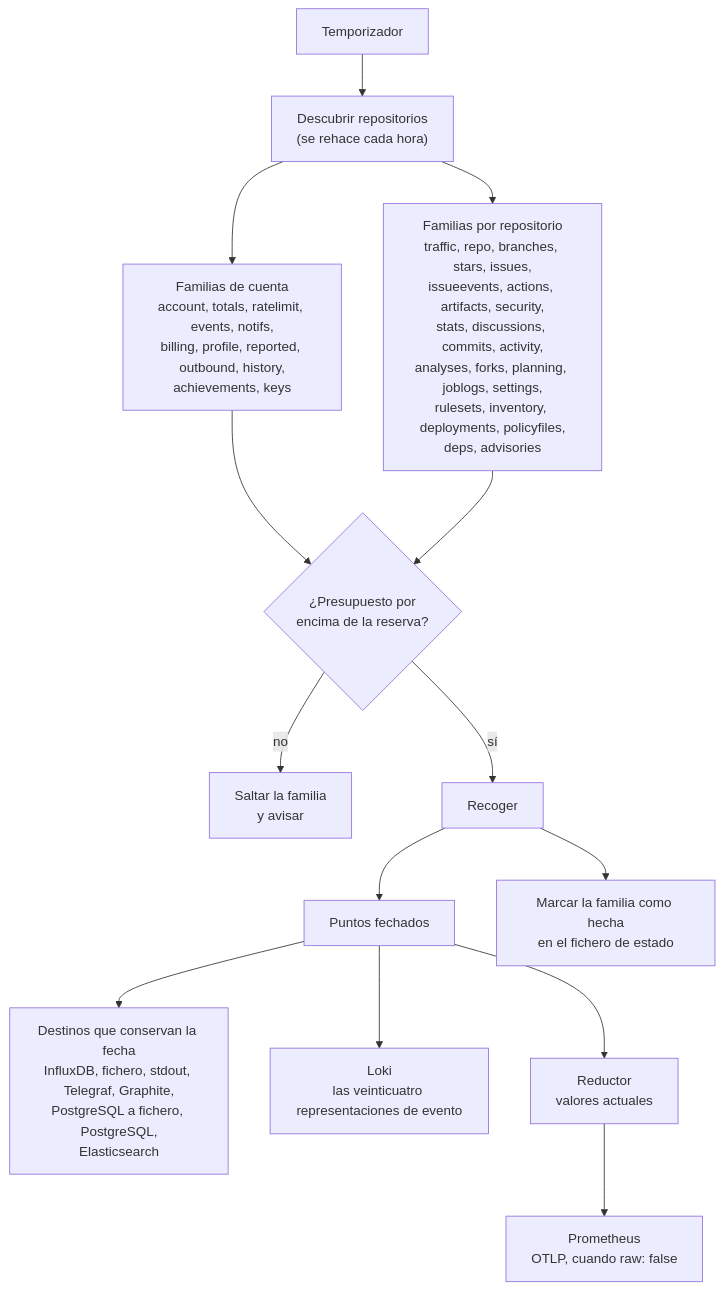
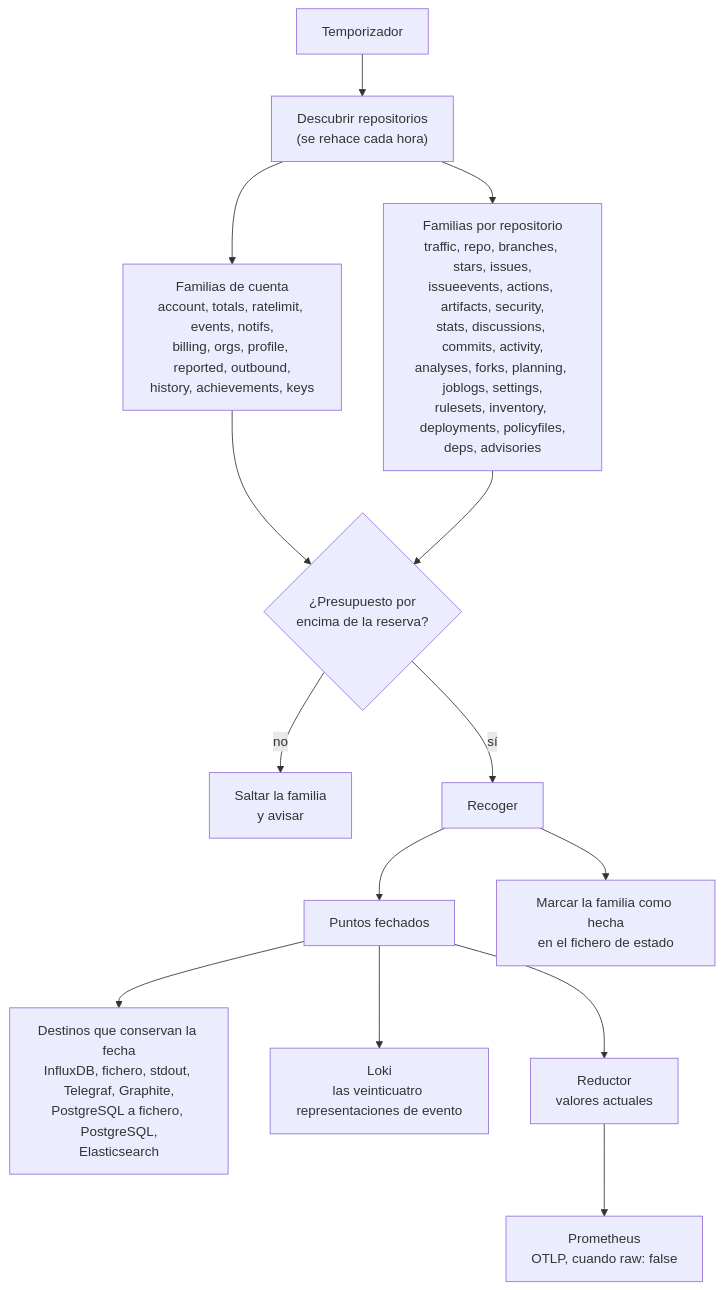
Before and after one commit to jmrplens/ghchronicle: the diagram in site/src/content/docs/es/how/index.mdx, drawn with Mermaid. The commit also changed 87 other files, not shown here.

````diff
--- a/site/src/content/docs/es/how/index.mdx
+++ b/site/src/content/docs/es/how/index.mdx
@@ -22,17 +22,17 @@
 ```mermaid
 %% Generated by site/scripts/gen-figures.mjs from internal/config/config.go and internal/run/runner.go
 flowchart TD
     T["Temporizador"] --> D["Descubrir repositorios<br/>(se rehace cada hora)"]
-    D --> A["Familias de cuenta<br/>account, totals, ratelimit, events, notifs,<br/>billing, profile, reported, outbound, history,<br/>achievements, keys"]
+    D --> A["Familias de cuenta<br/>account, totals, ratelimit, events, notifs,<br/>billing, orgs, profile, reported, outbound,<br/>history, achievements, keys"]
     D --> R["Familias por repositorio<br/>traffic, repo, branches, stars, issues,<br/>issueevents, actions, artifacts, security,<br/>stats, discussions, commits, activity,<br/>analyses, forks, planning, joblogs, settings,<br/>rulesets, inventory, deployments, policyfiles,<br/>deps, advisories"]
     A --> B{"¿Presupuesto por<br/>encima de la reserva?"}
     R --> B
     B -- "no" --> S["Saltar la familia<br/>y avisar"]
     B -- "sí" --> C["Recoger"]
     C --> P["Puntos fechados"]
     P --> H["Destinos que conservan la fecha<br/>InfluxDB, fichero, stdout, Telegraf, Graphite,<br/>PostgreSQL a fichero, PostgreSQL,<br/>Elasticsearch"]
     P --> L["Loki<br/>las veinticuatro representaciones de evento"]
     P --> RD["Reductor<br/>valores actuales"]
     RD --> G["Prometheus<br/>OTLP, cuando raw: false"]
     C --> M["Marcar la familia como hecha<br/>en el fichero de estado"]
 ```
````
